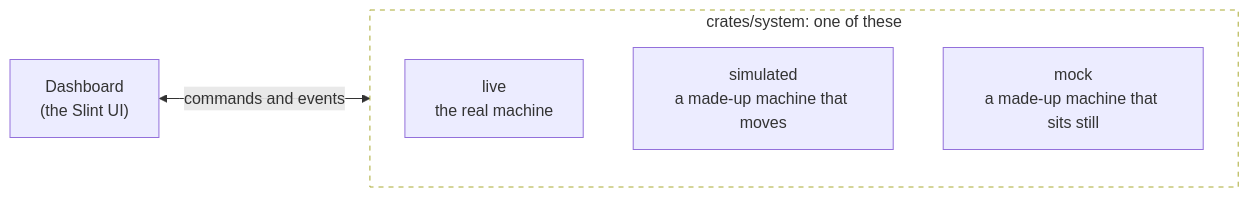
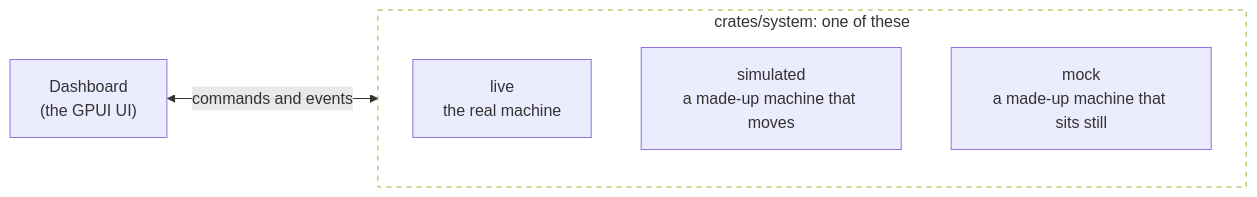
Before and after one commit to barafael/niri-dash: the diagram in book/src/explanation/simulated-system.md, drawn with Mermaid. The commit also changed other lines of this file and 23 other files, not shown here.

First line of the commit message:
On-screen stress run, NIRI_DASH_SIM and NO_KEYBOARD, docs for the GPUI crate and the Slint variant

````diff
--- a/book/src/explanation/simulated-system.md
+++ b/book/src/explanation/simulated-system.md
@@ -21,11 +21,11 @@
 ```mermaid
 flowchart LR
-    D["Dashboard<br/>(the Slint UI)"] <-->|"commands and events"| S
+    D["Dashboard<br/>(the GPUI UI)"] <-->|"commands and events"| S
     subgraph S["crates/system: one of these"]
         direction TB
         L["live<br/>the real machine"]
         Si["simulated<br/>a made-up machine that moves"]
         M["mock<br/>a made-up machine that sits still"]
     end
     style S fill:transparent,stroke-dasharray:5 5
 ```
````
